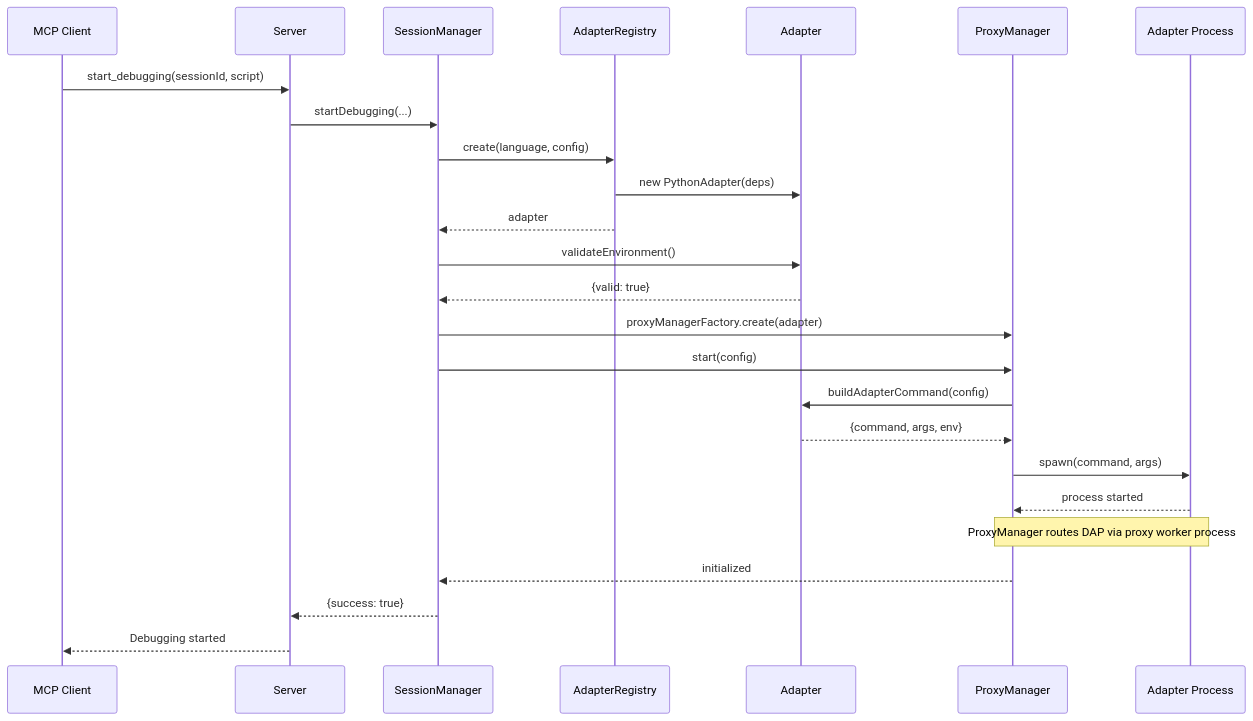
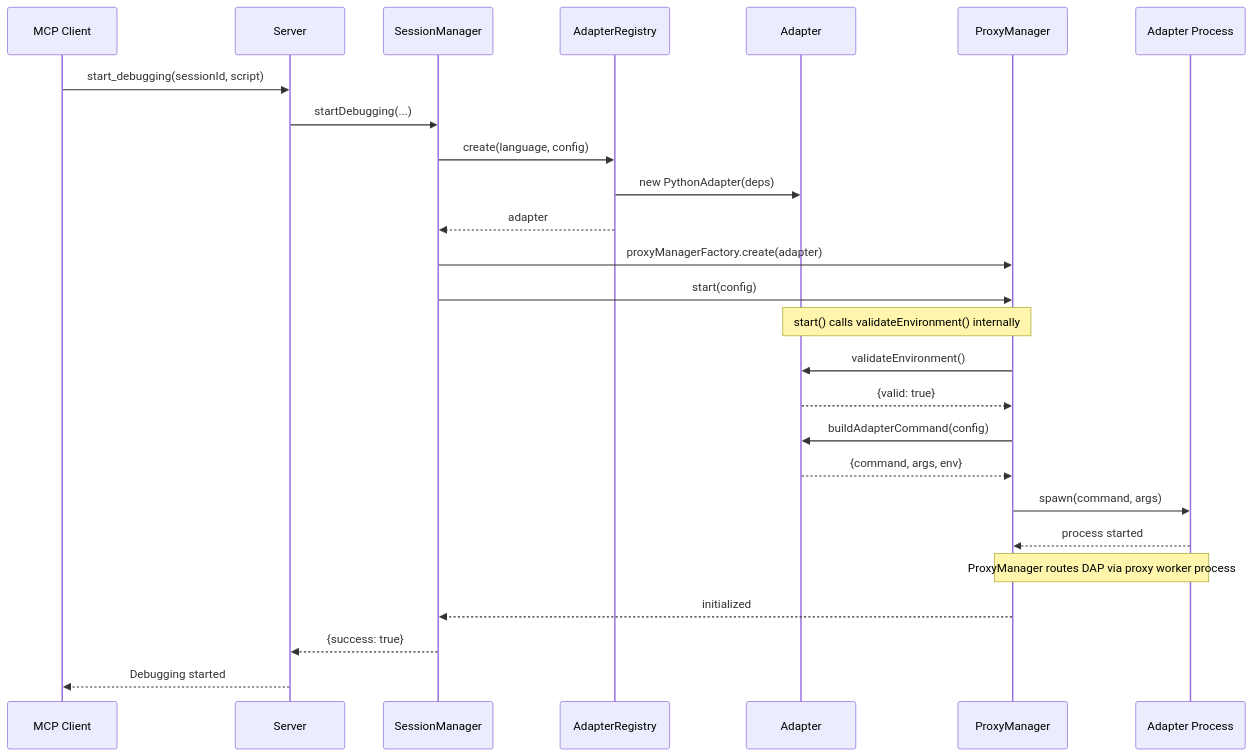
One commit to debugmcp/mcp-debugger changed the third of 4 diagrams in docs/architecture/adapter-pattern-design.md. Above: the diagram before and after it, drawn with Mermaid. The commit also changed other lines of this file and 88 other files, not shown here.

````diff
--- a/docs/architecture/adapter-pattern-design.md
+++ b/docs/architecture/adapter-pattern-design.md
@@ -204,34 +207,34 @@
 ```mermaid
 sequenceDiagram
     participant C as MCP Client
     participant S as Server
     participant SM as SessionManager
     participant AR as AdapterRegistry
     participant A as Adapter
     participant PM as ProxyManager
     participant AP as Adapter Process
     
     C->>S: start_debugging(sessionId, script)
     S->>SM: startDebugging(...)
     SM->>AR: create(language, config)
     AR->>A: new PythonAdapter(deps)
     AR-->>SM: adapter
-    
-    SM->>A: validateEnvironment()
-    A-->>SM: {valid: true}
-    
+
     SM->>PM: proxyManagerFactory.create(adapter)
     SM->>PM: start(config)
-    
+
+    Note over PM,A: start() calls validateEnvironment() internally
+    PM->>A: validateEnvironment()
+    A-->>PM: {valid: true}
     PM->>A: buildAdapterCommand(config)
     A-->>PM: {command, args, env}
     
     PM->>AP: spawn(command, args)
     AP-->>PM: process started
     
     Note over PM,AP: ProxyManager routes DAP via proxy worker process
 
     PM-->>SM: initialized
     SM-->>S: {success: true}
     S-->>C: Debugging started
 ```
````
